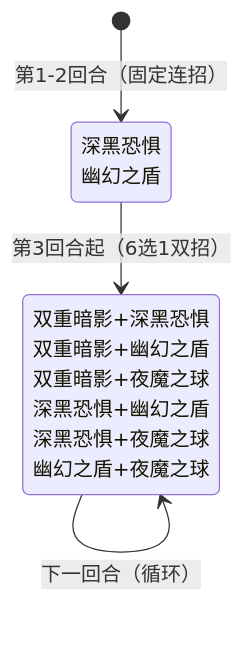
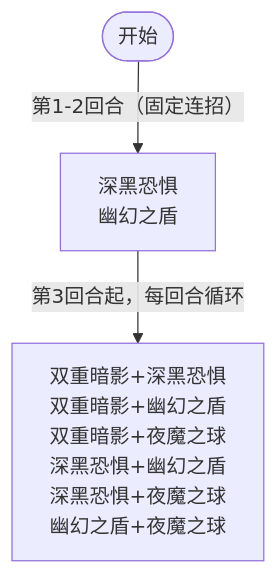
Before and after one commit to ttyl11/seer-wiki: the diagram in docs/monsters/boss/blake_monster.md, drawn with Mermaid. The commit also changed 9 other files, not shown here.

First line of the commit message:
fix: 修复角色图鉴图标尺寸、mermaid节点文本截断、文案调整

````diff
--- a/docs/monsters/boss/blake_monster.md
+++ b/docs/monsters/boss/blake_monster.md
@@ -31,9 +31,5 @@
 ```mermaid
-stateDiagram-v2
-    direction TB
-    state "深黑恐惧<br/>幽幻之盾" as s1
-    state "双重暗影+深黑恐惧<br/>双重暗影+幽幻之盾<br/>双重暗影+夜魔之球<br/>深黑恐惧+幽幻之盾<br/>深黑恐惧+夜魔之球<br/>幽幻之盾+夜魔之球" as s2
-    [*] --> s1: 第1-2回合（固定连招）
-    s1 --> s2: 第3回合起（6选1双招）
-    s2 --> s2: 下一回合（循环）
+flowchart TD
+    A([开始]) -->|"第1-2回合（固定连招）"| B["深黑恐惧<br/>幽幻之盾"]
+    B -->|"第3回合起，每回合循环"| C["双重暗影+深黑恐惧<br/>双重暗影+幽幻之盾<br/>双重暗影+夜魔之球<br/>深黑恐惧+幽幻之盾<br/>深黑恐惧+夜魔之球<br/>幽幻之盾+夜魔之球"]
 ```
````
